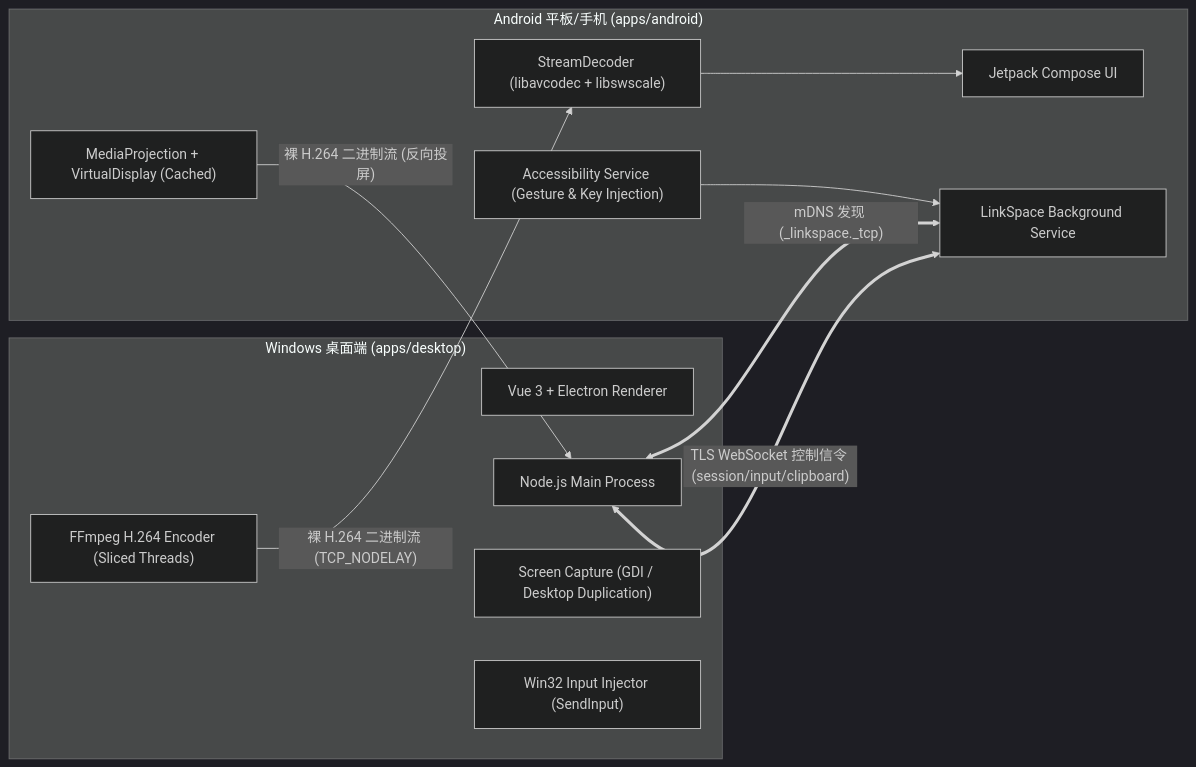
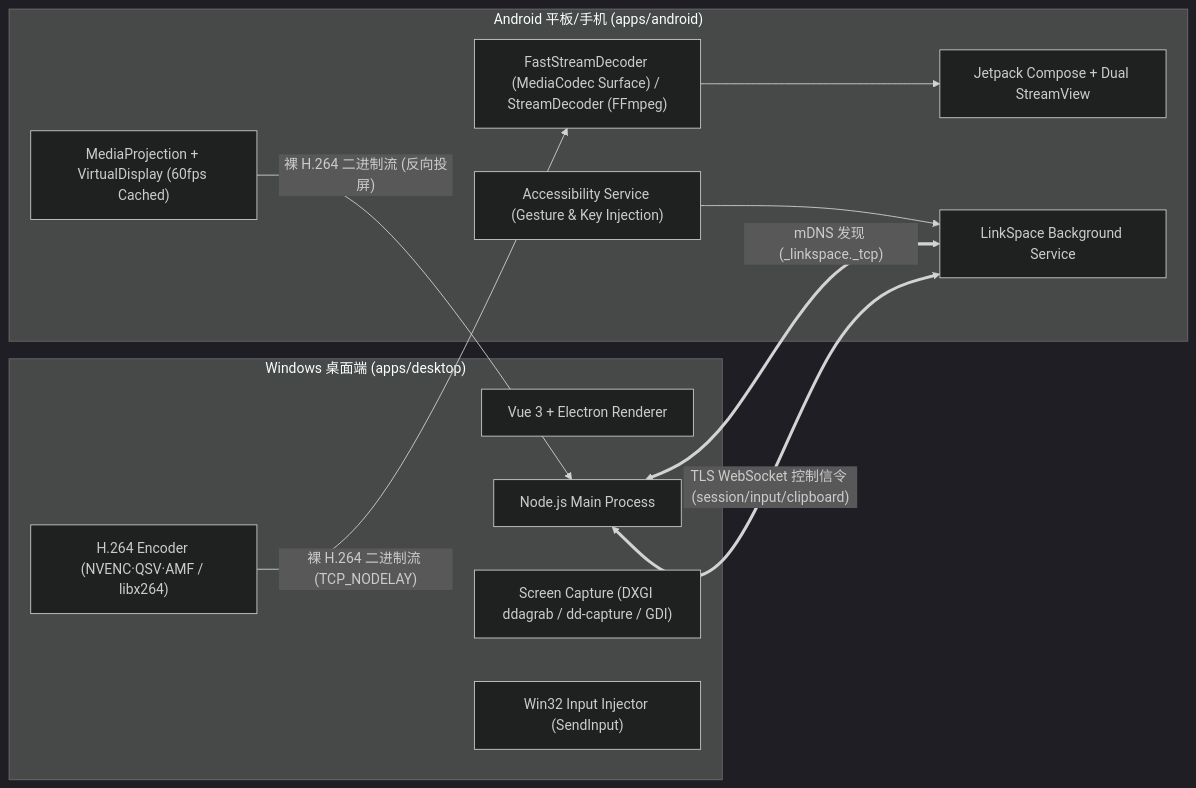
One commit to z1010223zero-pixel/LinkSpace changed the diagram in README.md. Above: the diagram before and after it, drawn with Mermaid (dark theme). The commit also changed other lines of this file and 12 other files, not shown here.

Commit message:
fix(stream,decode,ui): 应用链路优化补丁修复合包截断、原地关键帧、锁屏恢复与图案连线

````diff
--- a/README.md
+++ b/README.md
@@ -80,26 +78,26 @@
 ```mermaid
 graph LR
     subgraph Windows PC ["Windows 桌面端 (apps/desktop)"]
         UI_PC["Vue 3 + Electron Renderer"]
         Main_PC["Node.js Main Process"]
-        Cap_PC["Screen Capture (GDI / Desktop Duplication)"]
-        Enc_PC["FFmpeg H.264 Encoder (Sliced Threads)"]
+        Cap_PC["Screen Capture (DXGI ddagrab / dd-capture / GDI)"]
+        Enc_PC["H.264 Encoder (NVENC·QSV·AMF / libx264)"]
         Win32_In["Win32 Input Injector (SendInput)"]
     end
 
     subgraph Android Device ["Android 平板/手机 (apps/android)"]
-        UI_Droid["Jetpack Compose UI"]
+        UI_Droid["Jetpack Compose + Dual StreamView"]
         Svc_Droid["LinkSpace Background Service"]
-        Dec_Droid["StreamDecoder (libavcodec + libswscale)"]
-        Proj_Droid["MediaProjection + VirtualDisplay (Cached)"]
+        Dec_Droid["FastStreamDecoder (MediaCodec Surface) / StreamDecoder (FFmpeg)"]
+        Proj_Droid["MediaProjection + VirtualDisplay (60fps Cached)"]
         A11y_Droid["Accessibility Service (Gesture & Key Injection)"]
     end
 
     %% Network Connections
     Main_PC <== "mDNS 发现 (_linkspace._tcp)" ==> Svc_Droid
     Main_PC <== "TLS WebSocket 控制信令 (session/input/clipboard)" ==> Svc_Droid
     Enc_PC -- "裸 H.264 二进制流 (TCP_NODELAY)" --> Dec_Droid
     Proj_Droid -- "裸 H.264 二进制流 (反向投屏)" --> Main_PC
     Dec_Droid --> UI_Droid
     A11y_Droid --> Svc_Droid
 ```
````
